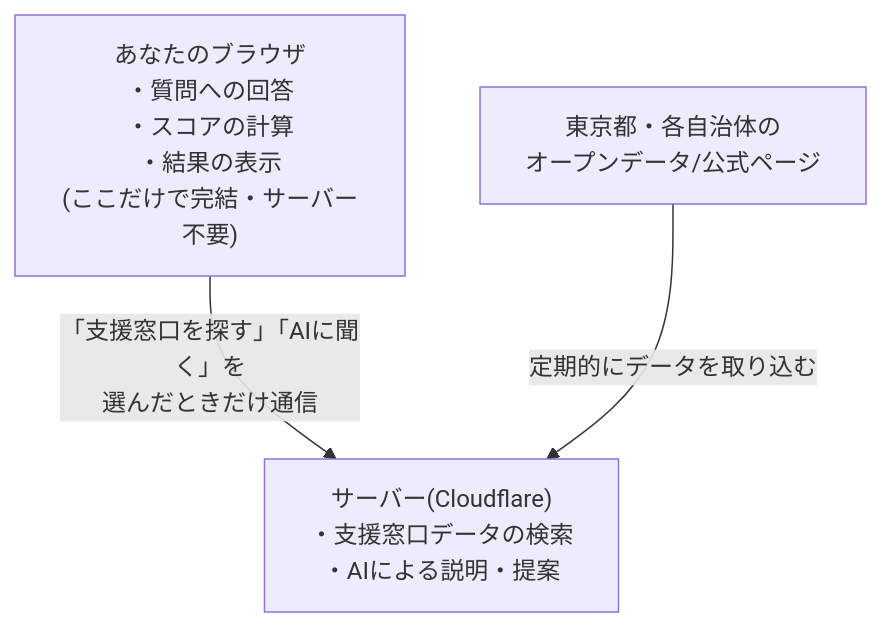
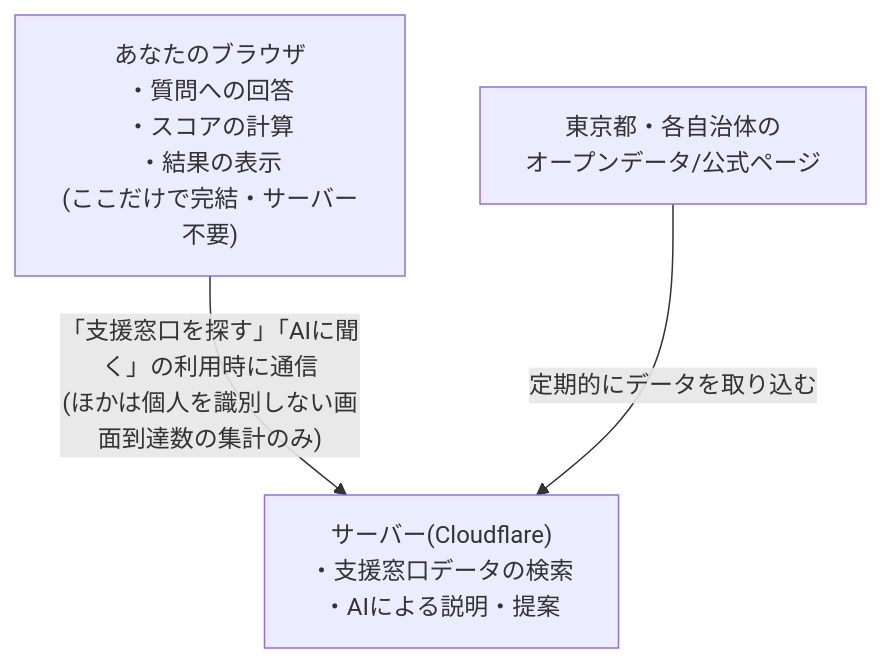
One commit to yunbow/trait-compass changed the second of 2 diagrams in docs/designs/technical-overview.md. Above: the diagram before and after it, drawn with Mermaid. The commit also changed other lines of this file and 9 other files, not shown here.

````diff
--- a/docs/designs/technical-overview.md
+++ b/docs/designs/technical-overview.md
@@ -73,9 +78,9 @@
 ```mermaid
 flowchart TB
   browser["あなたのブラウザ<br/>・質問への回答<br/>・スコアの計算<br/>・結果の表示<br/>(ここだけで完結・サーバー不要)"]
   server["サーバー(Cloudflare)<br/>・支援窓口データの検索<br/>・AIによる説明・提案"]
   opendata["東京都・各自治体の<br/>オープンデータ/公式ページ"]
 
-  browser -->|"「支援窓口を探す」「AIに聞く」を<br/>選んだときだけ通信"| server
+  browser -->|"「支援窓口を探す」「AIに聞く」の利用時に通信<br/>(ほかは個人を識別しない画面到達数の集計のみ)"| server
   opendata -->|"定期的にデータを取り込む"| server
 ```
````
